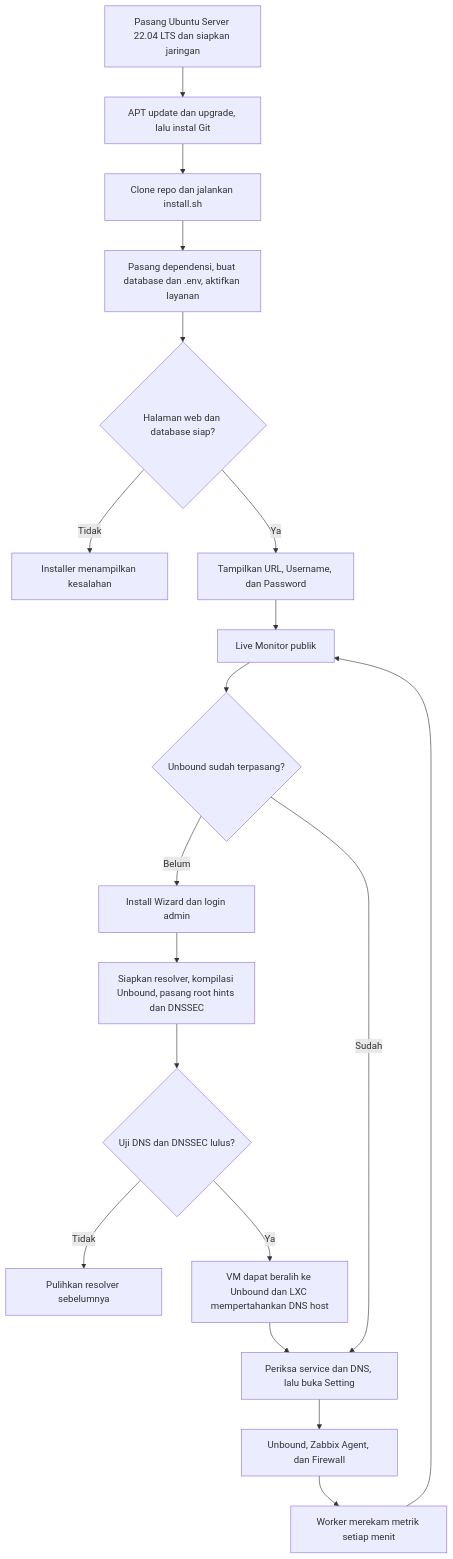
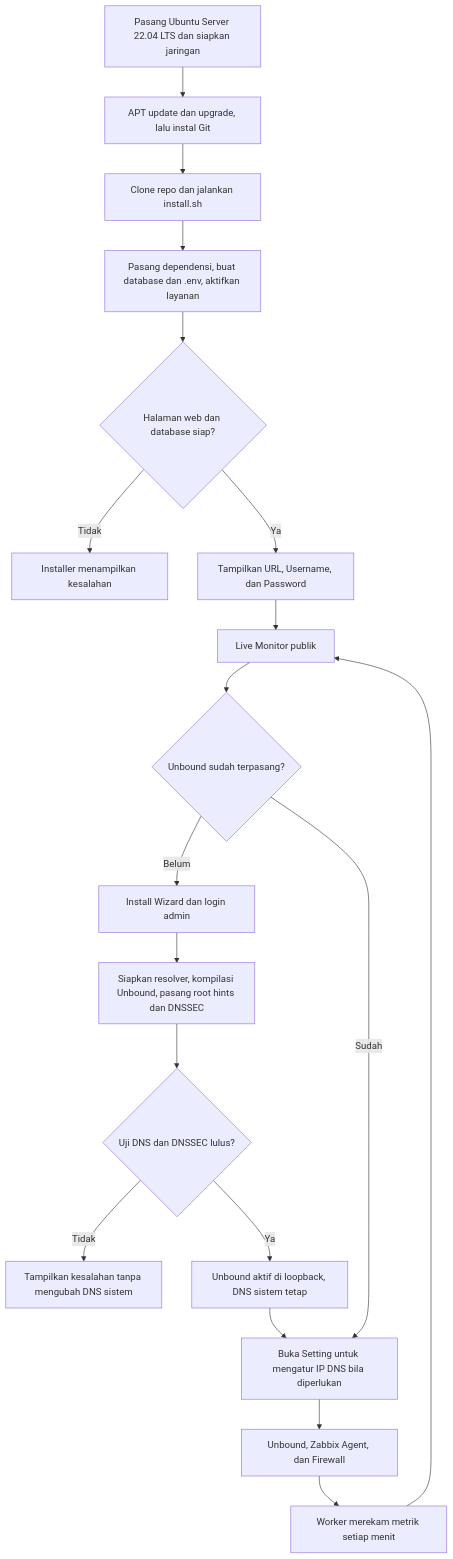
The diagram in README.md (ekiguistian/Interaktif_Install-Unbound), drawn with Mermaid before and after one commit. The commit also changed other lines of this file and 21 other files, not shown here.

````diff
--- a/README.md
+++ b/README.md
@@ -87,21 +91,21 @@
 ```mermaid
 flowchart TD
     A["Pasang Ubuntu Server 22.04 LTS dan siapkan jaringan"] --> B["APT update dan upgrade, lalu instal Git"]
     B --> C["Clone repo dan jalankan install.sh"]
     C --> D["Pasang dependensi, buat database dan .env, aktifkan layanan"]
     D --> E{"Halaman web dan database siap?"}
     E -->|Tidak| F["Installer menampilkan kesalahan"]
     E -->|Ya| G["Tampilkan URL, Username, dan Password"]
     G --> H["Live Monitor publik"]
     H --> I{"Unbound sudah terpasang?"}
     I -->|Belum| J["Install Wizard dan login admin"]
     J --> K["Siapkan resolver, kompilasi Unbound, pasang root hints dan DNSSEC"]
     K --> L{"Uji DNS dan DNSSEC lulus?"}
-    L -->|Tidak| M["Pulihkan resolver sebelumnya"]
-    L -->|Ya| N["VM dapat beralih ke Unbound dan LXC mempertahankan DNS host"]
-    N --> O["Periksa service dan DNS, lalu buka Setting"]
+    L -->|Tidak| M["Tampilkan kesalahan tanpa mengubah DNS sistem"]
+    L -->|Ya| N["Unbound aktif di loopback, DNS sistem tetap"]
+    N --> O["Buka Setting untuk mengatur IP DNS bila diperlukan"]
     I -->|Sudah| O
     O --> P["Unbound, Zabbix Agent, dan Firewall"]
     P --> Q["Worker merekam metrik setiap menit"]
     Q --> H
 ```
````
